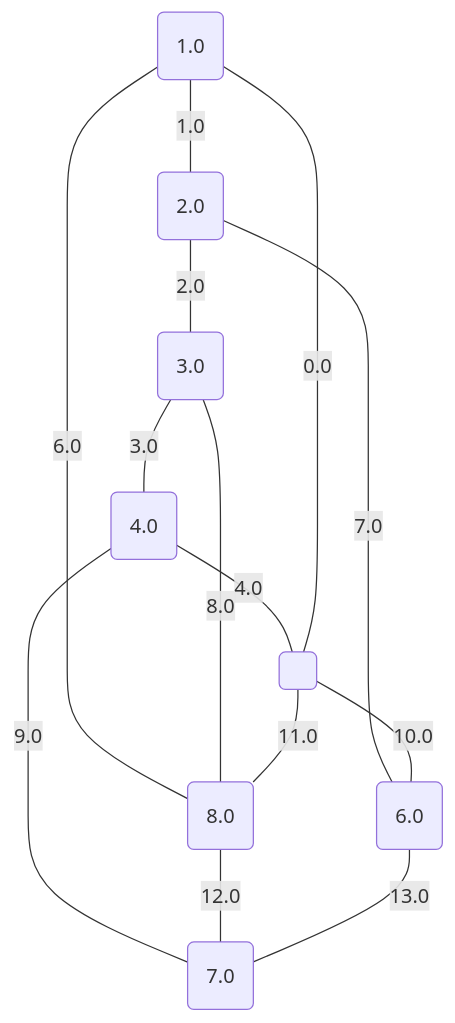
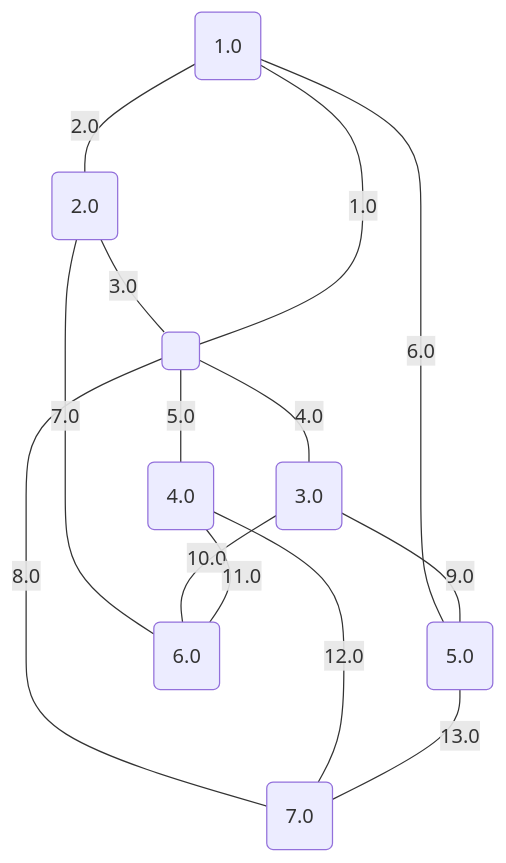
The fifth of 17 diagrams in project/src/testing/minCutPetersen.md (metury/graphs), drawn with Mermaid before and after one commit. The commit also changed other lines of this file and 2 other files, not shown here.

````diff
--- a/project/src/testing/minCutPetersen.md
+++ b/project/src/testing/minCutPetersen.md
@@ -135,24 +135,24 @@
 ```mermaid
 graph TD;
 0("1.0");
 1("2.0");
 2("3.0");
 3("4.0");
-4("6.0");
-5("7.0");
-6("8.0");
+4("5.0");
+5("6.0");
+6("7.0");
 7(" ");
-	7 -- "0.0" --- 0;
-	0 -- "1.0" --- 1;
-	1 -- "2.0" --- 2;
-	2 -- "3.0" --- 3;
-	3 -- "4.0" --- 7;
-	0 -- "6.0" --- 6;
-	1 -- "7.0" --- 4;
-	2 -- "8.0" --- 6;
-	3 -- "9.0" --- 5;
-	7 -- "10.0" --- 4;
-	7 -- "11.0" --- 6;
-	6 -- "12.0" --- 5;
-	4 -- "13.0" --- 5;
+	7 -- "1.0" --- 0;
+	0 -- "2.0" --- 1;
+	1 -- "3.0" --- 7;
+	7 -- "4.0" --- 2;
+	7 -- "5.0" --- 3;
+	0 -- "6.0" --- 4;
+	1 -- "7.0" --- 5;
+	7 -- "8.0" --- 6;
+	2 -- "9.0" --- 4;
+	2 -- "10.0" --- 5;
+	3 -- "11.0" --- 5;
+	3 -- "12.0" --- 6;
+	4 -- "13.0" --- 6;
 ```
````
